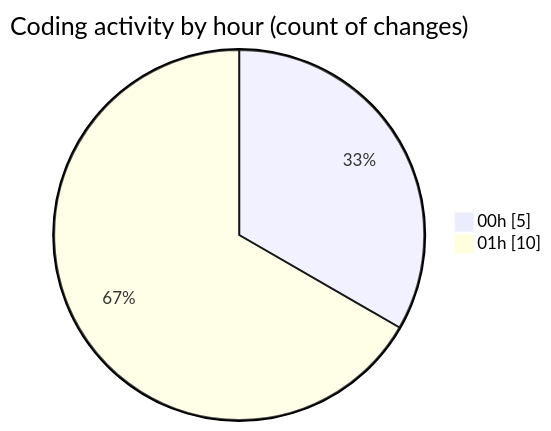
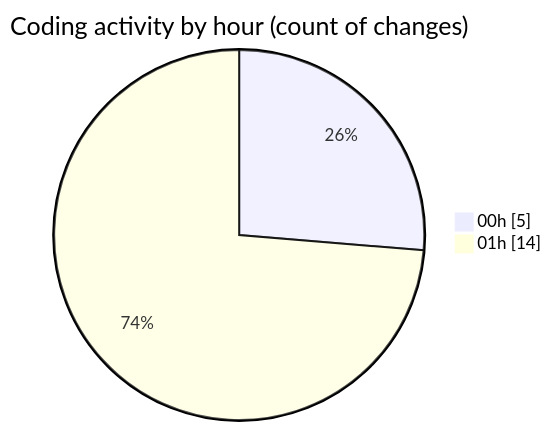
One commit to julien-gomy/code-tracking changed the second of 2 diagrams in 2025-11-06/usr_aleoudev_fr__workspace_/README.md. Above: the diagram before and after it, drawn with Mermaid. The commit also changed other lines of this file and 1 other file, not shown here.

````diff
--- a/2025-11-06/usr_aleoudev_fr__workspace_/README.md
+++ b/2025-11-06/usr_aleoudev_fr__workspace_/README.md
@@ -31,6 +33,6 @@
 ```mermaid
 pie showData
 title Coding activity by hour (count of changes)
 "00h" : 5
-"01h" : 10
+"01h" : 14
 ```
````
